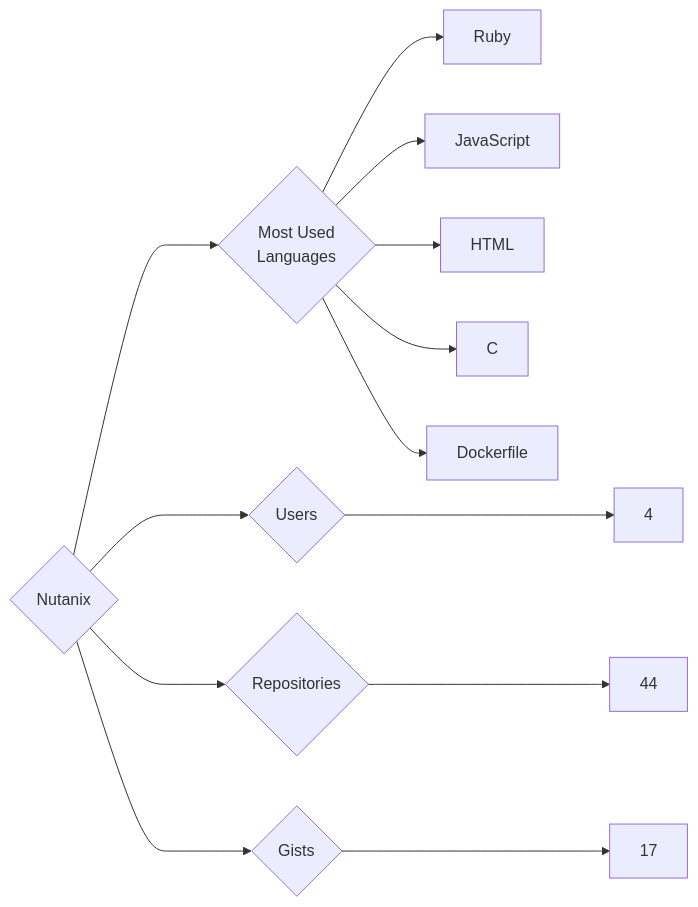
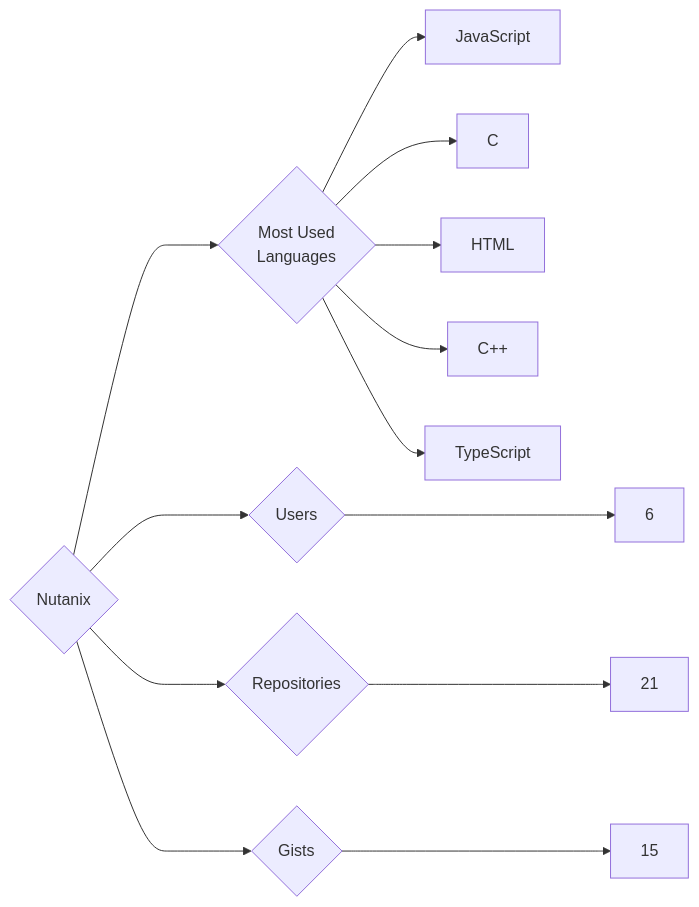
One commit to trickest/insiders changed the diagram in targets/Nutanix/README.md. Above: the diagram before and after it, drawn with Mermaid. The commit also changed 1389 other files, not shown here.

````diff
--- a/targets/Nutanix/README.md
+++ b/targets/Nutanix/README.md
@@ -3,13 +3,13 @@
 ```mermaid
 graph LR
 COMPANY_NAME{Nutanix}
-COMPANY_NAME ---> U{Users} ---> UN[4]
-COMPANY_NAME ---> R{Repositories} ---> RN[44]
-COMPANY_NAME ---> G{Gists} ---> GN[17]
+COMPANY_NAME ---> U{Users} ---> UN[6]
+COMPANY_NAME ---> R{Repositories} ---> RN[21]
+COMPANY_NAME ---> G{Gists} ---> GN[15]
 COMPANY_NAME ---> ML{Most Used<br>Languages}
-ML --> Ruby[Ruby]
 ML --> JavaScript[JavaScript]
+ML --> C[C]
 ML --> HTML[HTML]
-ML --> C[C]
-ML --> Dockerfile[Dockerfile]
+ML --> C++[C++]
+ML --> TypeScript[TypeScript]
 ```
````
